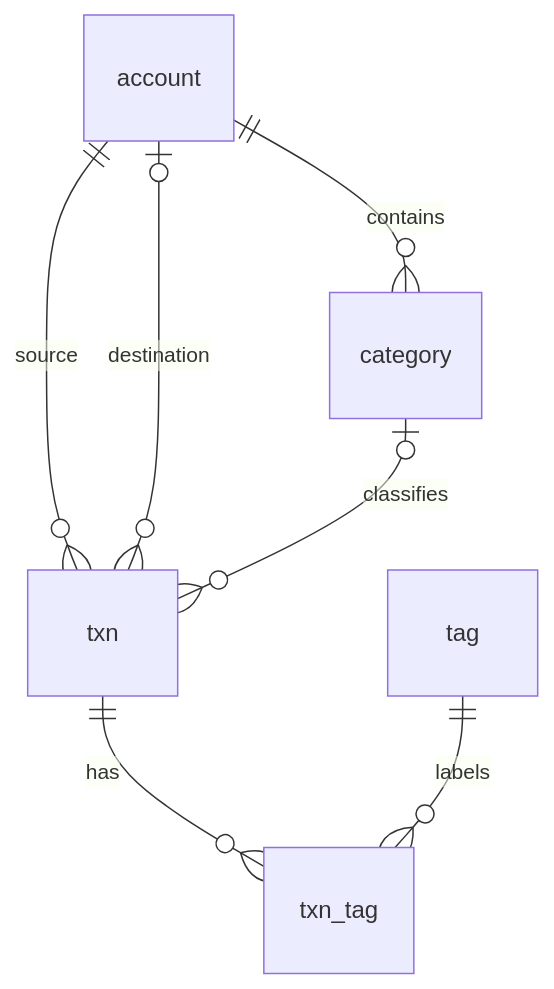
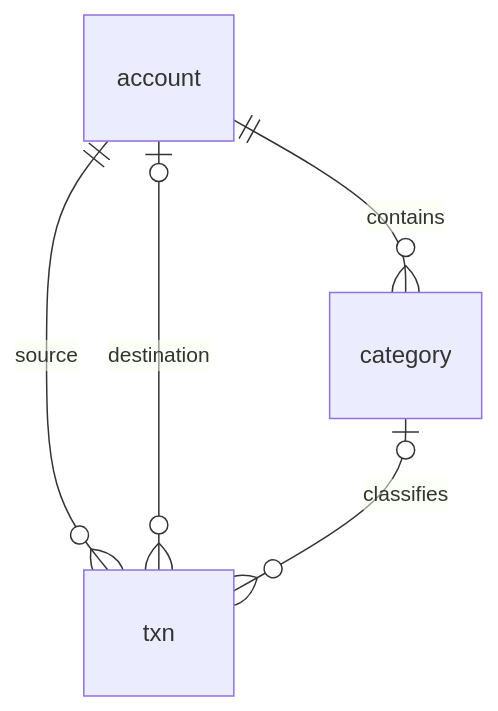
One commit to Crashmere/Ledger changed the diagram in docs/ARCHITECTURE.md. Above: the diagram before and after it, drawn with Mermaid. The commit also changed other lines of this file and 29 other files, not shown here.

Commit message:
Remove tags across Ledger and add explicit schema upgrade

````diff
--- a/docs/ARCHITECTURE.md
+++ b/docs/ARCHITECTURE.md
@@ -19,9 +19,7 @@
 ```mermaid
 erDiagram
   account ||--o{ category : contains
   account ||--o{ txn : source
   account o|--o{ txn : destination
   category o|--o{ txn : classifies
-  txn ||--o{ txn_tag : has
-  tag ||--o{ txn_tag : labels
 ```
````
